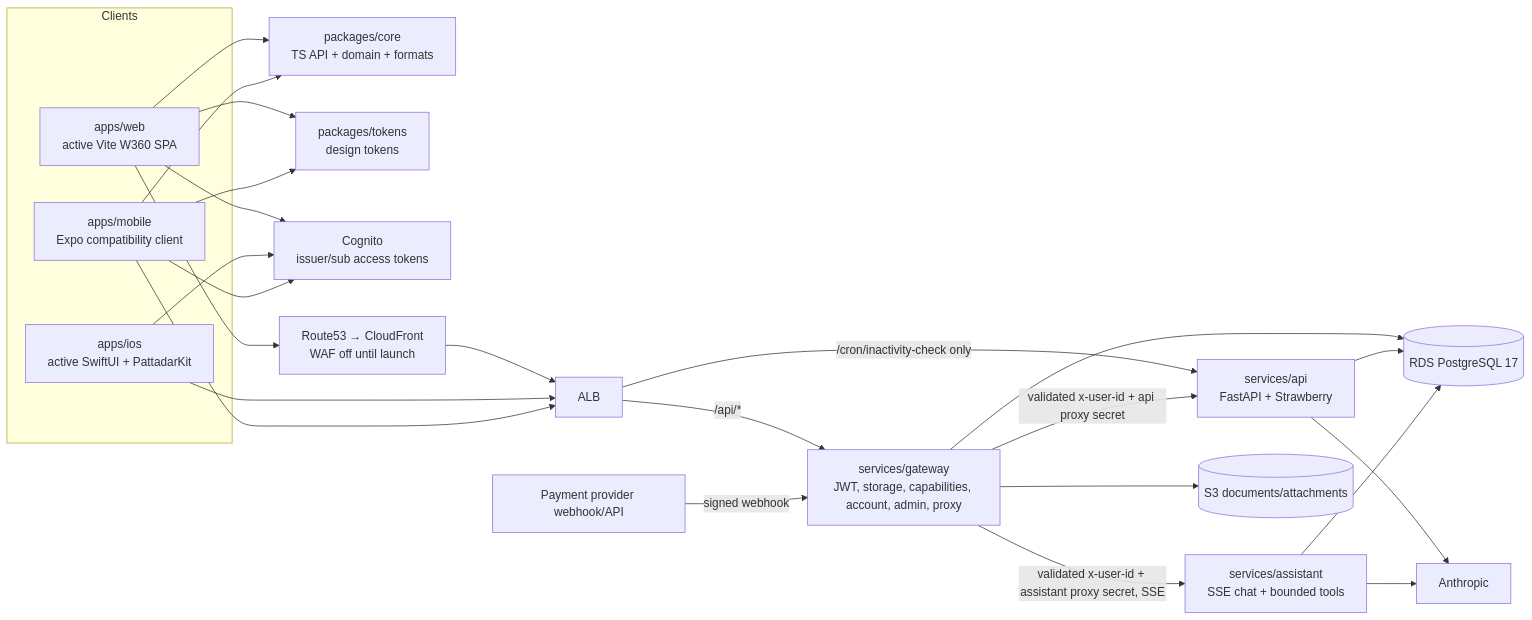
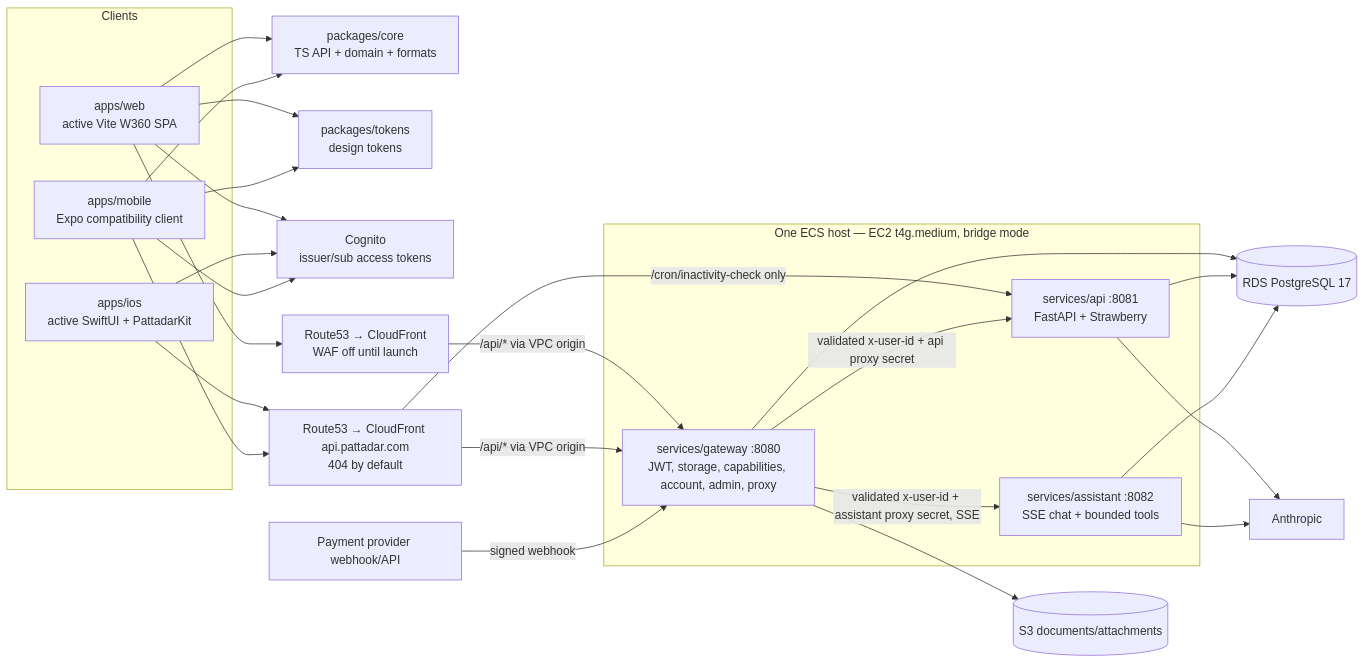
The first of 5 diagrams in docs/architecture.md (reddy-sh/pattadar-platform), drawn with Mermaid before and after one commit. The commit also changed other lines of this file and 81 other files, not shown here.

First line of the commit message:
feat(infra): run the backend on one EC2 host behind CloudFront (B)

````diff
--- a/docs/architecture.md
+++ b/docs/architecture.md
@@ -9,35 +9,38 @@
 ```mermaid
 flowchart LR
   subgraph Clients
     WEB[apps/web\nactive Vite W360 SPA]
     IOS[apps/ios\nactive SwiftUI + PattadarKit]
     MOB[apps/mobile\nExpo compatibility client]
   end
   CORE[packages/core\nTS API + domain + formats]
   TOK[packages/tokens\ndesign tokens]
   COG[Cognito\nissuer/sub access tokens]
   EDGE[Route53 → CloudFront\nWAF off until launch]
-  ALB[ALB]
-  GW[services/gateway\nJWT, storage, capabilities, account, admin, proxy]
-  API[services/api\nFastAPI + Strawberry]
-  AST[services/assistant\nSSE chat + bounded tools]
+  AEDGE[Route53 → CloudFront api.pattadar.com\n404 by default]
+  subgraph HOST[One ECS host — EC2 t4g.medium, bridge mode]
+    GW[services/gateway :8080\nJWT, storage, capabilities, account, admin, proxy]
+    API[services/api :8081\nFastAPI + Strawberry]
+    AST[services/assistant :8082\nSSE chat + bounded tools]
+  end
   PG[(RDS PostgreSQL 17)]
   S3[(S3 documents/attachments)]
   ANT[Anthropic]
   PAY[Payment provider webhook/API]
 
   WEB --> CORE
   MOB --> CORE
   WEB & MOB --> TOK
   WEB & IOS & MOB --> COG
-  WEB --> EDGE --> ALB
-  IOS & MOB --> ALB
-  ALB -->|/api/*| GW
-  ALB -->|/cron/inactivity-check only| API
+  WEB --> EDGE
+  IOS & MOB --> AEDGE
+  EDGE -->|/api/* via VPC origin| GW
+  AEDGE -->|/api/* via VPC origin| GW
+  AEDGE -->|/cron/inactivity-check only| API
   GW -->|validated x-user-id + api proxy secret| API
   GW -->|validated x-user-id + assistant proxy secret, SSE| AST
   GW --> S3
   GW & API & AST --> PG
   API & AST --> ANT
   PAY -->|signed webhook| GW
 ```
````
